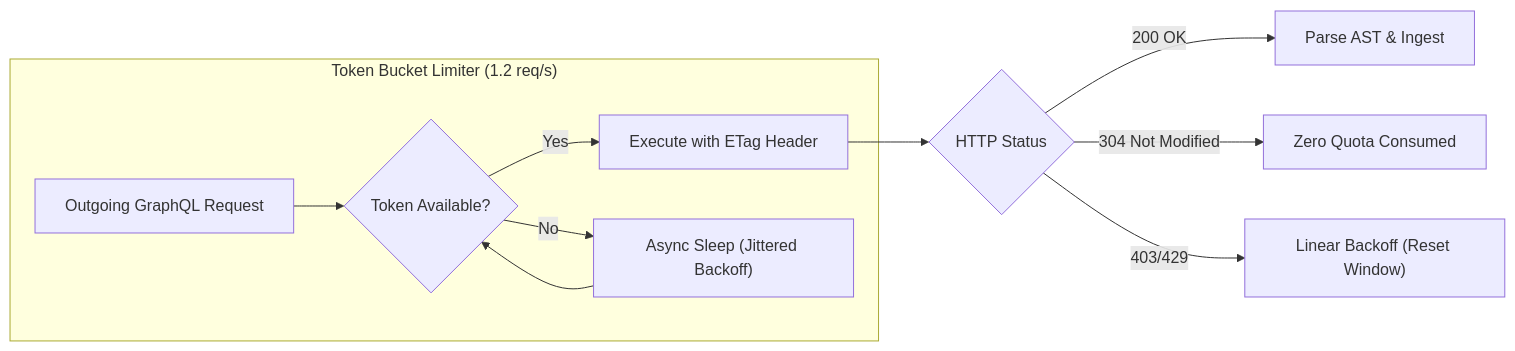
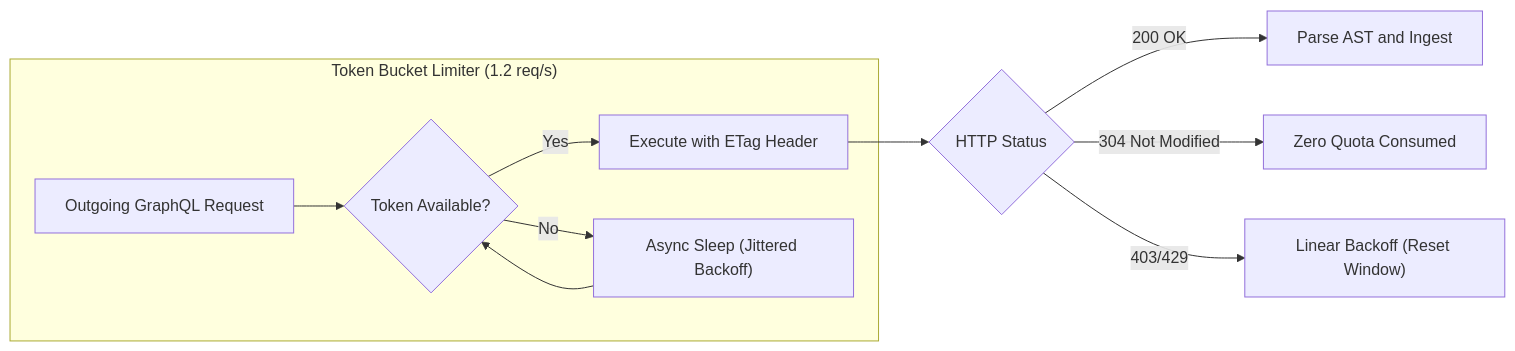
The eighth of 13 diagrams in docs/ARCHITECTURE.md (pctablet505/porchlamp-engine), drawn with Mermaid before and after one commit. The commit also changed other lines of this file and 3 other files, not shown here.

Commit message:
docs: resolve all GFM, KaTeX, and Mermaid rendering issues across architecture and UI specs

````diff
--- a/docs/ARCHITECTURE.md
+++ b/docs/ARCHITECTURE.md
@@ -696,14 +698,14 @@
 ```mermaid
 flowchart LR
     subgraph RateLimiter ["Token Bucket Limiter (1.2 req/s)"]
         Req["Outgoing GraphQL Request"] --> Bucket{"Token Available?"}
         Bucket -- "Yes" --> Exec["Execute with ETag Header"]
         Bucket -- "No" --> Delay["Async Sleep (Jittered Backoff)"]
         Delay --> Bucket
     end
 
     Exec --> Resp{"HTTP Status"}
-    Resp -- "200 OK" --> Parse["Parse AST & Ingest"]
+    Resp -- "200 OK" --> Parse["Parse AST and Ingest"]
     Resp -- "304 Not Modified" --> ZeroCost["Zero Quota Consumed"]
     Resp -- "403/429" --> Backoff["Linear Backoff (Reset Window)"]
 ```
````
